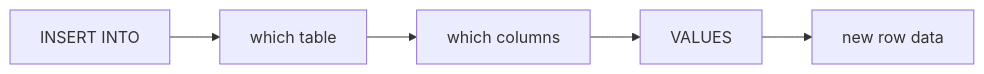
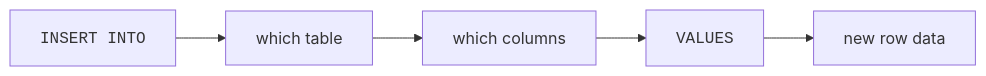
The first of 3 diagrams in content/learn/sqlite-for-beginners/inserting-data.mdx (dataslope/dataslope), drawn with Mermaid before and after one commit. The commit also changed other lines of this file and 56 other files, not shown here.

````diff
--- a/content/learn/sqlite-for-beginners/inserting-data.mdx
+++ b/content/learn/sqlite-for-beginners/inserting-data.mdx
@@ -14,7 +14,7 @@
 ```mermaid
 flowchart LR
-    A["INSERT INTO"] --> B["which table"]
+    A["<code>INSERT INTO</code>"] --> B["which table"]
     B --> C["which columns"]
-    C --> D["VALUES"]
+    C --> D["<code>VALUES</code>"]
     D --> E["new row data"]
 ```
````
